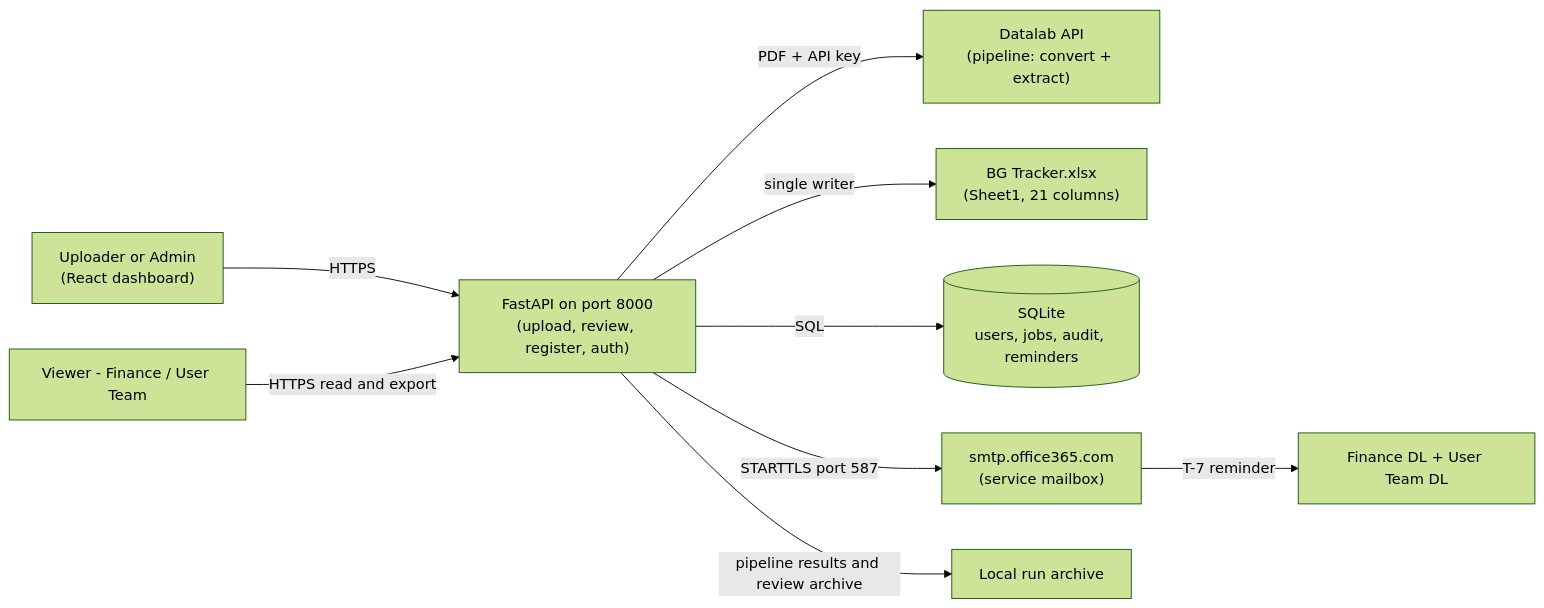
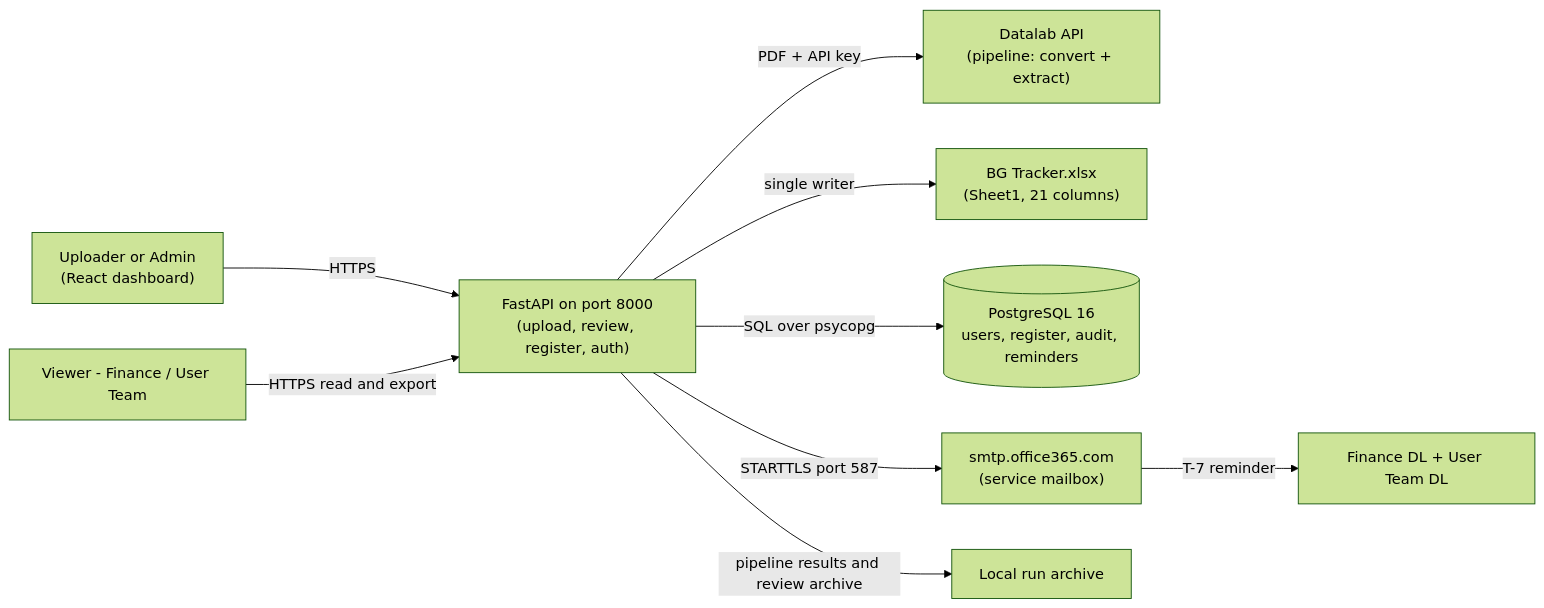
One commit to LaxmiKhilnani-nhit/Bank-Guarantee-Automation changed the first of 3 diagrams in plan/01-architecture.md. Above: the diagram before and after it, drawn with Mermaid (forest theme). The commit also changed other lines of this file and 20 other files, not shown here.

First line of the commit message:
Finish the PostgreSQL cutover: retire SQLite from the repository

````diff
--- a/plan/01-architecture.md
+++ b/plan/01-architecture.md
@@ -34,11 +34,11 @@
 ```mermaid
 flowchart LR
   Uploader["Uploader or Admin\n(React dashboard)"] -->|HTTPS| API["FastAPI on port 8000\n(upload, review, register, auth)"]
   Viewer["Viewer - Finance / User Team"] -->|HTTPS read and export| API
   API -->|PDF + API key| DL["Datalab API\n(pipeline: convert + extract)"]
   API -->|single writer| XLSX["BG Tracker.xlsx\n(Sheet1, 21 columns)"]
-  API -->|SQL| DB[("SQLite\nusers, jobs, audit, reminders")]
+  API -->|SQL over psycopg| DB[("PostgreSQL 16\nusers, register, audit, reminders")]
   API -->|STARTTLS port 587| SMTP["smtp.office365.com\n(service mailbox)"]
   SMTP -->|T-7 reminder| DLIST["Finance DL + User Team DL"]
   API -->|pipeline results and review archive| STORE["Local run archive"]
 ```
````
